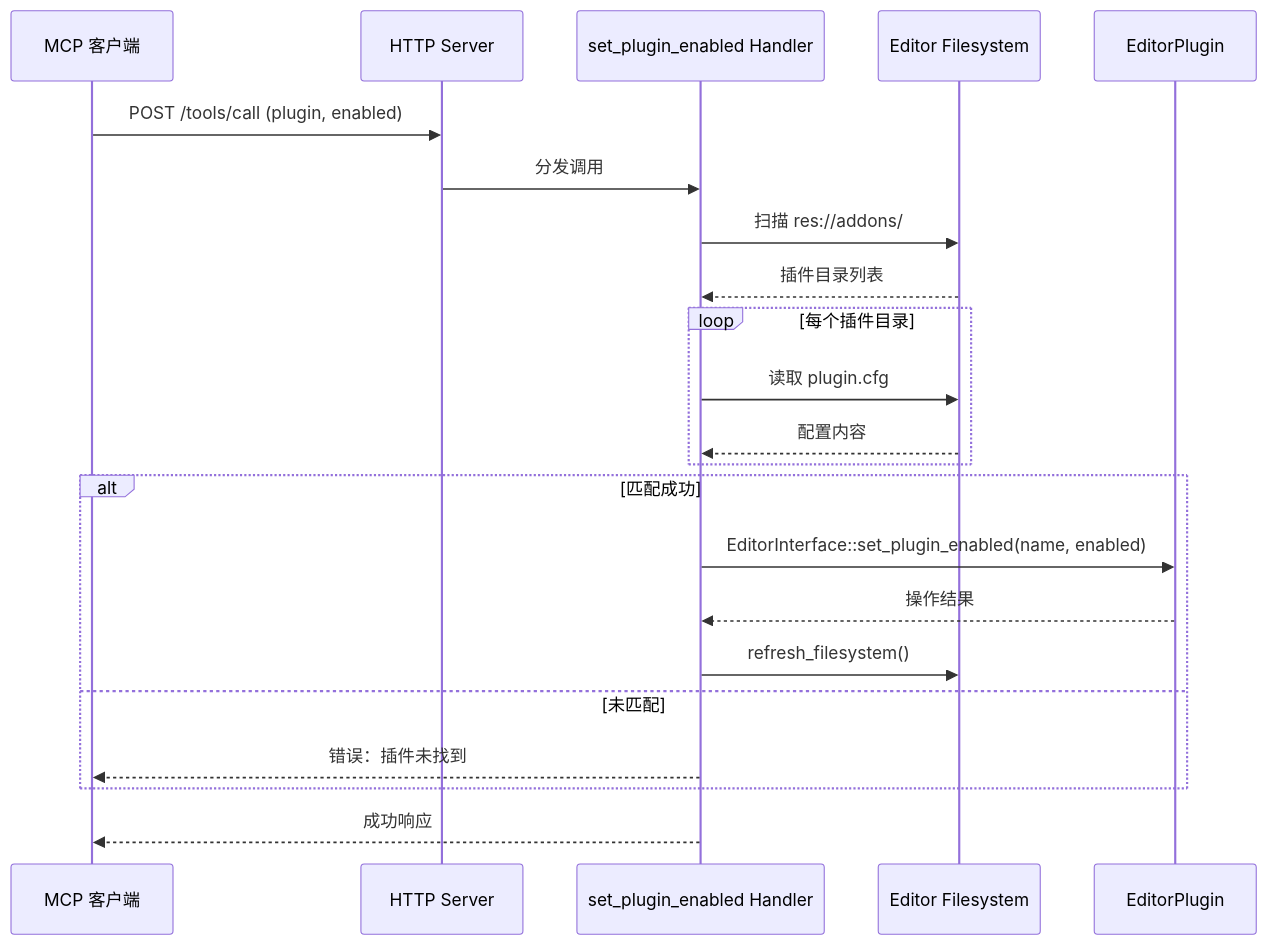
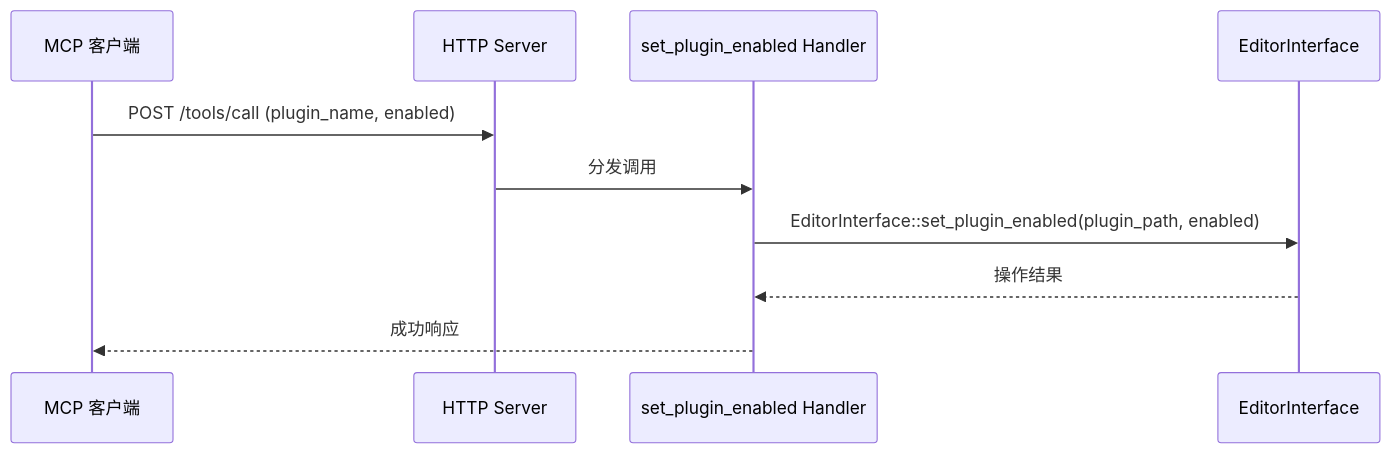
One commit to jesspig/GodotMCP-GDExtension changed the diagram in .repo_wiki/modules/plugin-management.md. Above: the diagram before and after it, drawn with Mermaid. The commit also changed other lines of this file and 41 other files, not shown here.

````diff
--- a/.repo_wiki/modules/plugin-management.md
+++ b/.repo_wiki/modules/plugin-management.md
@@ -50,25 +50,13 @@
 ```mermaid
 sequenceDiagram
     participant Client as MCP 客户端
     participant HTTP as HTTP Server
     participant Handler as set_plugin_enabled Handler
-    participant FS as Editor Filesystem
-    participant Plugin as EditorPlugin
+    participant Editor as EditorInterface
 
-    Client->>HTTP: POST /tools/call (plugin, enabled)
+    Client->>HTTP: POST /tools/call (plugin_name, enabled)
     HTTP->>Handler: 分发调用
-    Handler->>FS: 扫描 res://addons/
-    FS-->>Handler: 插件目录列表
-    loop 每个插件目录
-        Handler->>FS: 读取 plugin.cfg
-        FS-->>Handler: 配置内容
-    end
-    alt 匹配成功
-        Handler->>Plugin: EditorInterface::set_plugin_enabled(name, enabled)
-        Plugin-->>Handler: 操作结果
-        Handler->>FS: refresh_filesystem()
-    else 未匹配
-        Handler-->>Client: 错误：插件未找到
-    end
+    Handler->>Editor: EditorInterface::set_plugin_enabled(plugin_path, enabled)
+    Editor-->>Handler: 操作结果
     Handler-->>Client: 成功响应
 ```
````
